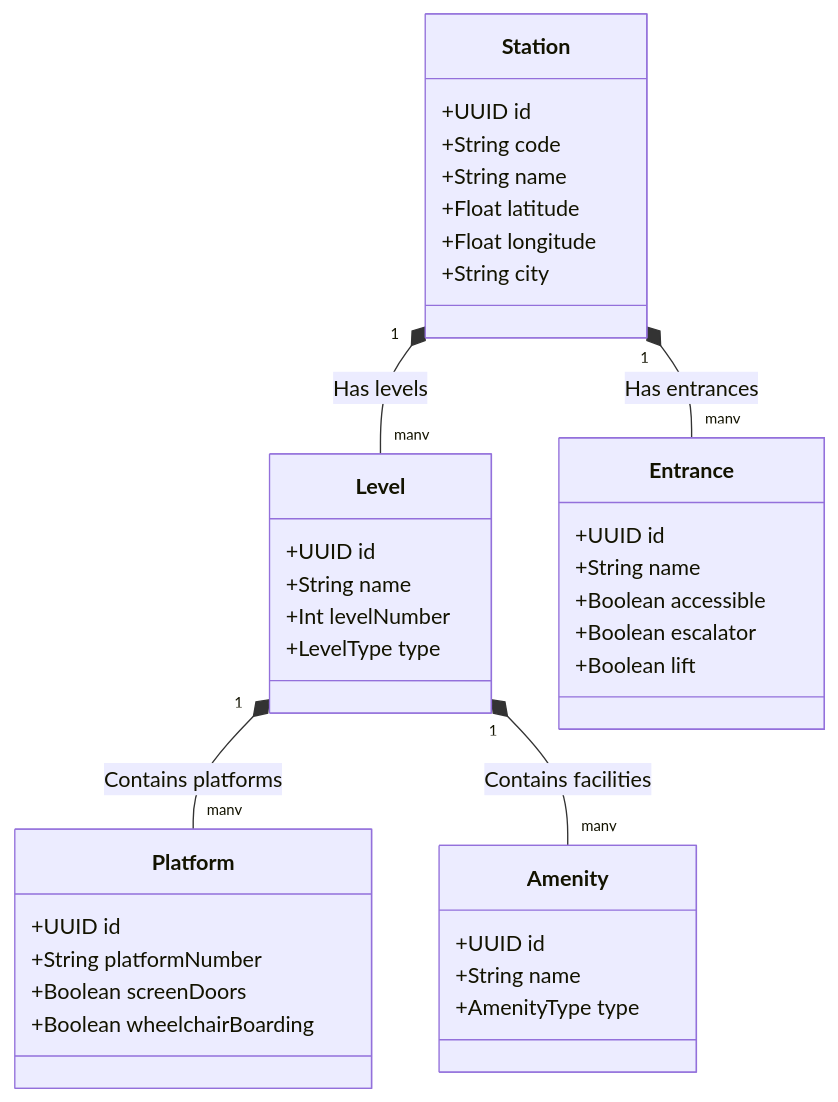
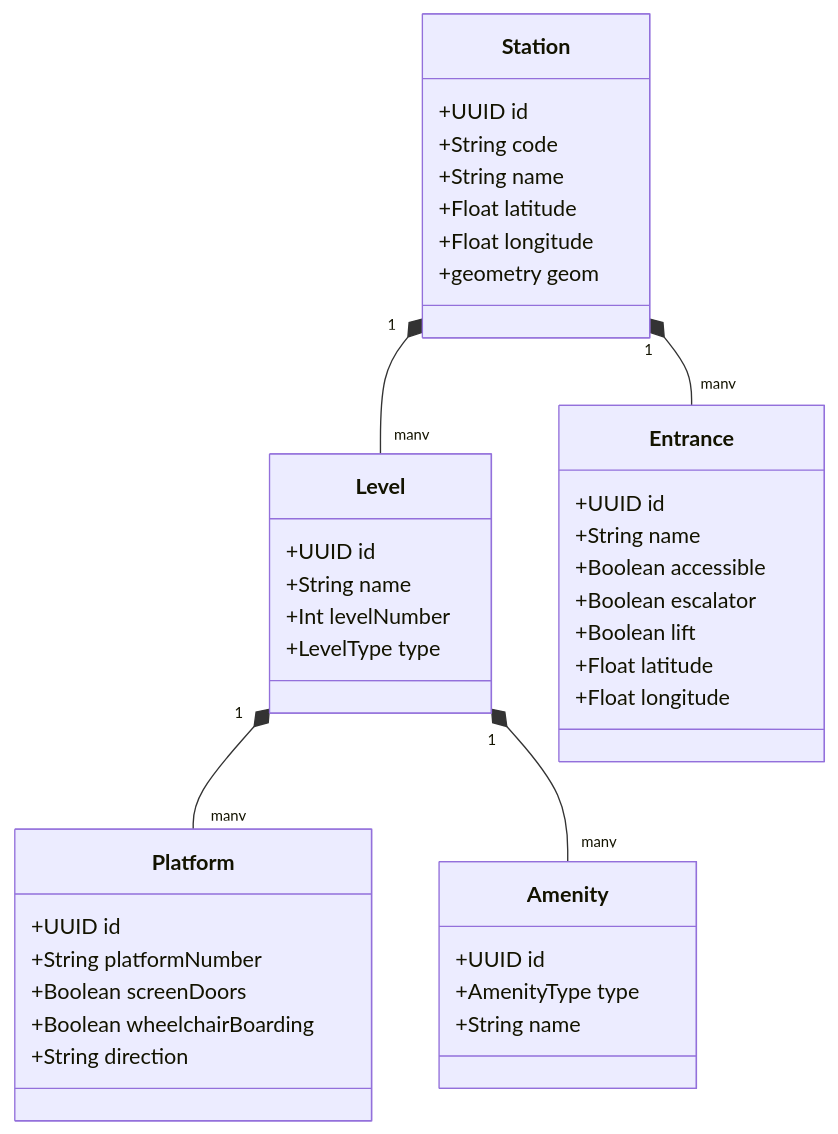
Before and after one commit to Gautam2665/MetroRadar: the second of 2 diagrams in ARCHITECTURE.md, drawn with Mermaid. The commit also changed other lines of this file and 13 other files, not shown here.

````diff
--- a/ARCHITECTURE.md
+++ b/ARCHITECTURE.md
@@ -88,40 +377,43 @@
 ```mermaid
 classDiagram
     class Station {
         +UUID id
         +String code
         +String name
         +Float latitude
         +Float longitude
-        +String city
+        +geometry geom
     }
     class Level {
         +UUID id
         +String name
         +Int levelNumber
         +LevelType type
     }
     class Platform {
         +UUID id
         +String platformNumber
         +Boolean screenDoors
         +Boolean wheelchairBoarding
+        +String direction
     }
     class Entrance {
         +UUID id
         +String name
         +Boolean accessible
         +Boolean escalator
         +Boolean lift
+        +Float latitude
+        +Float longitude
     }
     class Amenity {
         +UUID id
+        +AmenityType type
         +String name
-        +AmenityType type
     }
-    
-    Station "1" *-- "many" Level : Has levels
-    Station "1" *-- "many" Entrance : Has entrances
-    Level "1" *-- "many" Platform : Contains platforms
-    Level "1" *-- "many" Amenity : Contains facilities
+
+    Station "1" *-- "many" Level
+    Station "1" *-- "many" Entrance
+    Level "1" *-- "many" Platform
+    Level "1" *-- "many" Amenity
 ```
````
